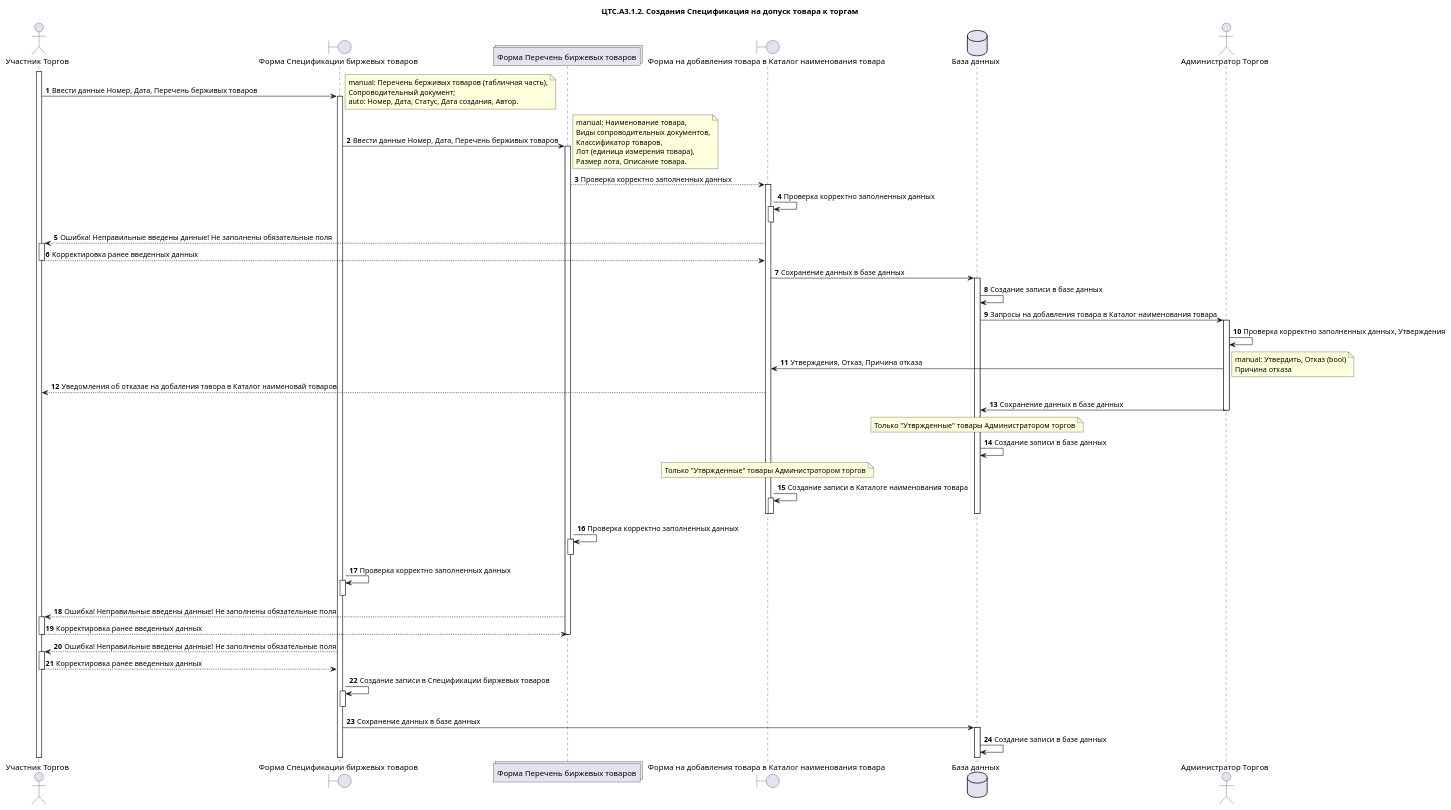
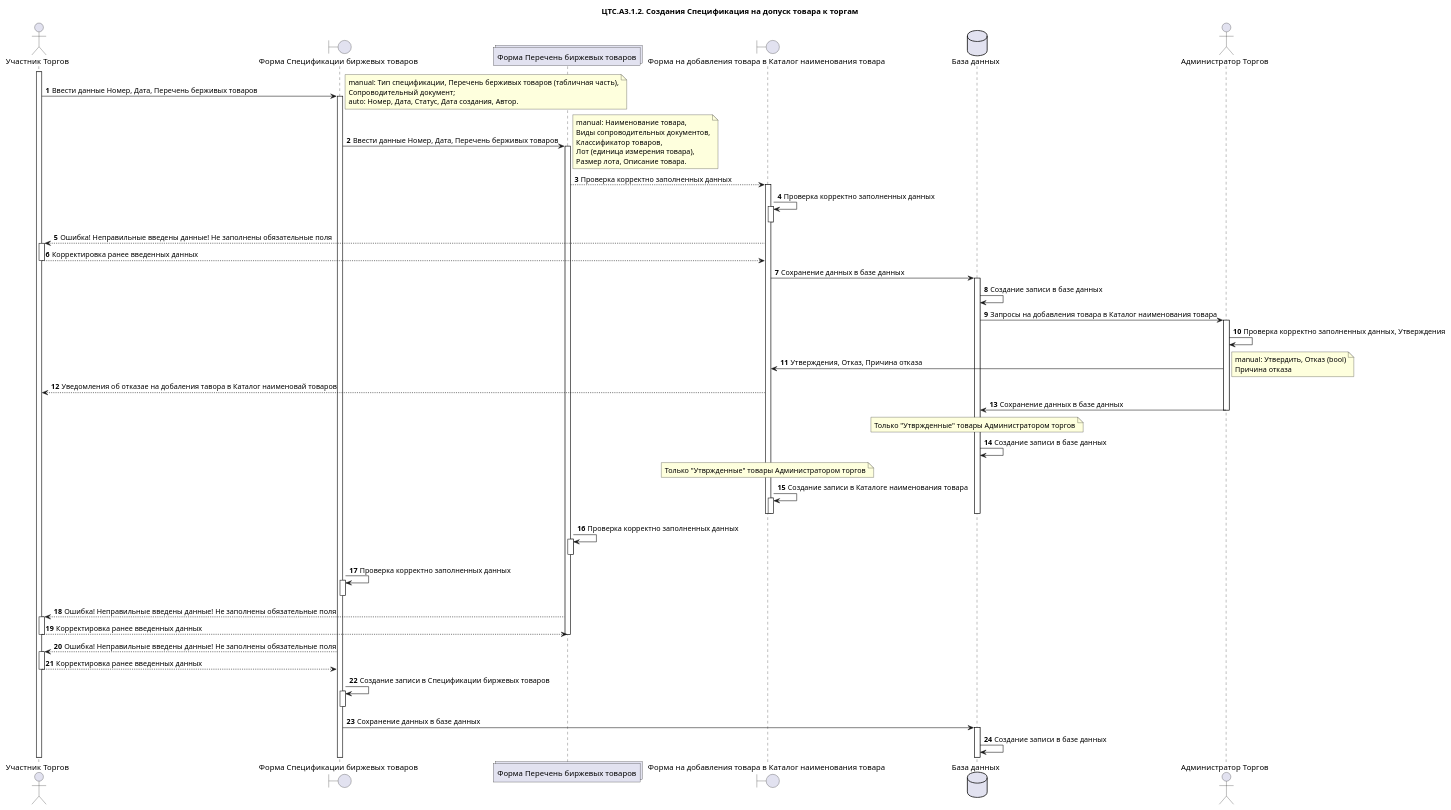
The diagram in Project solutions/ЦТС.А3.1.2.Спецификация на допуск товара к торгам.wsd (moaxmoaxpxrf4jag/CTS.Documentation), drawn with PlantUML before and after one commit.

```diff
--- a/Project solutions/ЦТС.А3.1.2.Спецификация на допуск товара к торгам.wsd
+++ b/Project solutions/ЦТС.А3.1.2.Спецификация на допуск товара к торгам.wsd
@@ -1,94 +1,94 @@
 @startuml "ЦТС.А3.1 Допуск товара к торгам"
 title "ЦТС.А3.1.2. Создания Спецификация на допуск товара к торгам"
 actor "Участник Торгов" as User
 boundary "Форма Спецификации биржевых товаров" as Specifications
 collections "Форма Перечень биржевых товаров" as SpecificationCommodities
 boundary "Форма на добавления товара в Каталог наименования товара" as CommoditiesNames
 database "База данных" as Database
 actor "Администратор Торгов" as User_CTS
 
 autonumber
 activate User
 User -> Specifications: Ввести данные Номер, Дата, Перечень берживых товаров
 note right
-    manual: Перечень берживых товаров (табличная часть),
+    manual: Тип спецификации, Перечень берживых товаров (табличная часть),
     Сопроводительный документ;
     auto: Номер, Дата, Статус, Дата создания, Автор.
 end note
 /'Форма Спецификации биржевых товаров'/
 activate Specifications
 Specifications -> SpecificationCommodities : Ввести данные Номер, Дата, Перечень берживых товаров
 note right
     manual: Наименование товара, 
     Виды сопроводительных документов,
     Классификатор товаров, 
     Лот (единица измерения товара),
     Размер лота, Описание товара.
 end note
 /'Перечень биржевых товаров'/
 activate SpecificationCommodities
 SpecificationCommodities --> CommoditiesNames: Проверка корректно заполненных данных
     /'Форма на добавления товара в Каталог наименования товара'/
     activate CommoditiesNames
     /'Проверка корректно заполненных данных Каталог наименования товара->Участник Торгов'/
     CommoditiesNames -> CommoditiesNames: Проверка корректно заполненных данных
     activate CommoditiesNames
     deactivate CommoditiesNames
     CommoditiesNames --> User: Ошибка! Неправильные введены данные! Не заполнены обязательные поля
     activate User
     /'Ошибка и т.д. в Каталог наименования товара->Участник Торгов'/
     User-->CommoditiesNames: Корректировка ранее введенных данных
     deactivate User 
     CommoditiesNames->Database: Сохранение данных в базе данных
     activate Database
         Database->Database: Создание записи в базе данных
         Database->User_CTS: Запросы на добавления товара в Каталог наименования товара 
         /'Администратор Торгов'/
         activate User_CTS
         User_CTS->User_CTS: Проверка корректно заполненных данных, Утверждения 
         User_CTS->CommoditiesNames: Утверждения, Отказ, Причина отказа
         note right
             manual: Утвердить, Отказ (bool)
             Причина отказа
         end note
         CommoditiesNames-->User: Уведомления об отказае на добаления тавора в Каталог наименовай товаров
         User_CTS->Database: Сохранение данных в базе данных    
         note over Database: Только "Утвржденные" товары Администратором торгов       
         deactivate User_CTS
         Database->Database: Создание записи в базе данных 
         note over CommoditiesNames : Только "Утвржденные" товары Администратором торгов     
         CommoditiesNames->CommoditiesNames: Cоздание записи в Каталоге наименования товара
         activate CommoditiesNames  
         deactivate CommoditiesNames  
         deactivate Database    
     deactivate CommoditiesNames
 /'Ошибка и т.д. в Каталог наименования товара->Спецификации биржевых товаров'/
 SpecificationCommodities -> SpecificationCommodities: Проверка корректно заполненных данных
 activate SpecificationCommodities
 deactivate SpecificationCommodities
 /'Проверка корректно заполненных данных Спецификации биржевых товаров->Участник Торгов'/
 Specifications -> Specifications: Проверка корректно заполненных данных
 activate Specifications
 deactivate Specifications
 /'Ошибка и т.д. в Перечень биржевых товаров->Участник Торгов'/
 SpecificationCommodities --> User: Ошибка! Неправильные введены данные! Не заполнены обязательные поля
 activate User
 /'Корректировка ранее введенных данных Участник Торгов->Спецификации биржевых товаров'/
 User-->SpecificationCommodities: Корректировка ранее введенных данных
 deactivate User
 deactivate SpecificationCommodities
 /'Ошибка и т.д. в Спецификации биржевых товаров->Участник Торгов'/
 Specifications --> User: Ошибка! Неправильные введены данные! Не заполнены обязательные поля
 activate User
 /'Корректировка ранее введенных данных Участник Торгов->Спецификации биржевых товаров'/
 User-->Specifications: Корректировка ранее введенных данных
 deactivate User
 /'Cоздание записи в Спецификации биржевых товаров'/
 Specifications->Specifications: Cоздание записи в Спецификации биржевых товаров
 activate Specifications
 deactivate Specifications
 /'Сохранение данных в базе данных'/
 Specifications ->Database: Сохранение данных в базе данных
 activate Database
 Database->Database: Создание записи в базе данных
 @enduml
```
